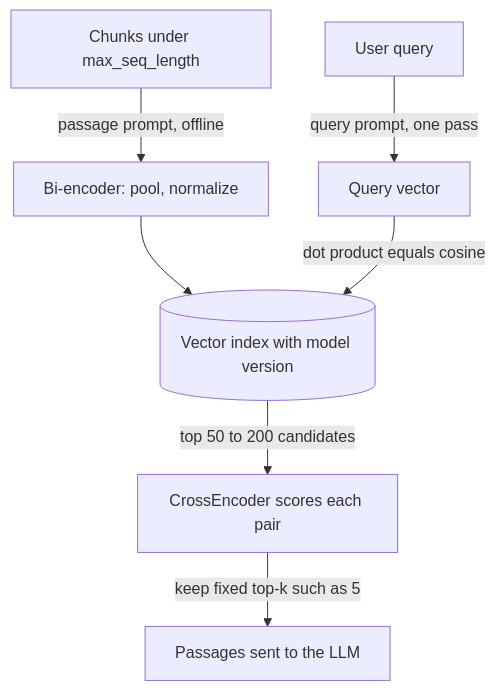
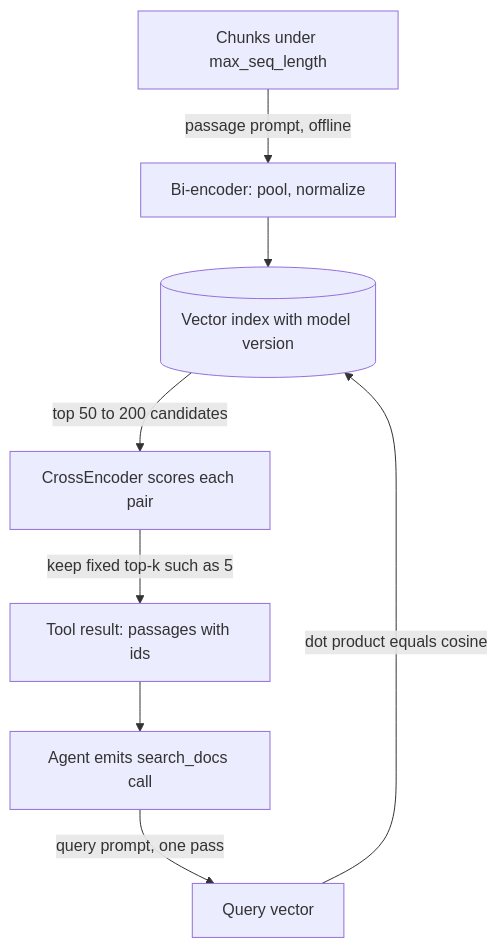
Before and after one commit to lovishmahajan97/agentic-learning: the diagram in content/python-for-ai/sentence-transformers.md, drawn with Mermaid. The commit also changed other lines of this file and 266 other files, not shown here.

````diff
--- a/content/python-for-ai/sentence-transformers.md
+++ b/content/python-for-ai/sentence-transformers.md
@@ -119,9 +145,10 @@
 ```mermaid
 flowchart TD
     D["Chunks under max_seq_length"] -->|"passage prompt, offline"| BI["Bi-encoder: pool, normalize"]
     BI --> IDX[("Vector index with model version")]
-    Q["User query"] -->|"query prompt, one pass"| QE["Query vector"]
+    A["Agent emits search_docs call"] -->|"query prompt, one pass"| QE["Query vector"]
     QE -->|"dot product equals cosine"| IDX
     IDX -->|"top 50 to 200 candidates"| CE["CrossEncoder scores each pair"]
-    CE -->|"keep fixed top-k such as 5"| OUT["Passages sent to the LLM"]
+    CE -->|"keep fixed top-k such as 5"| OUT["Tool result: passages with ids"]
+    OUT --> A
 ```
````
